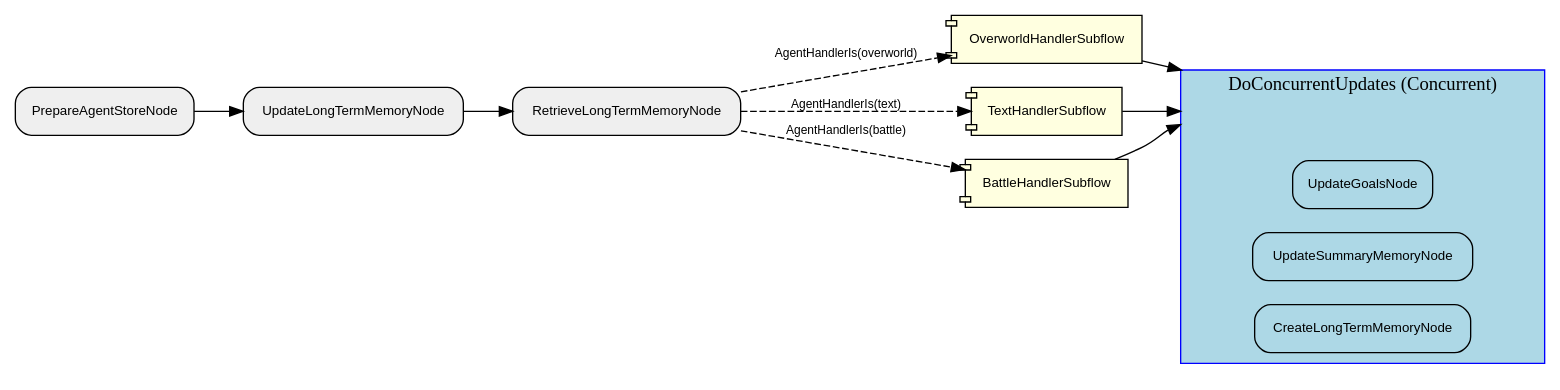
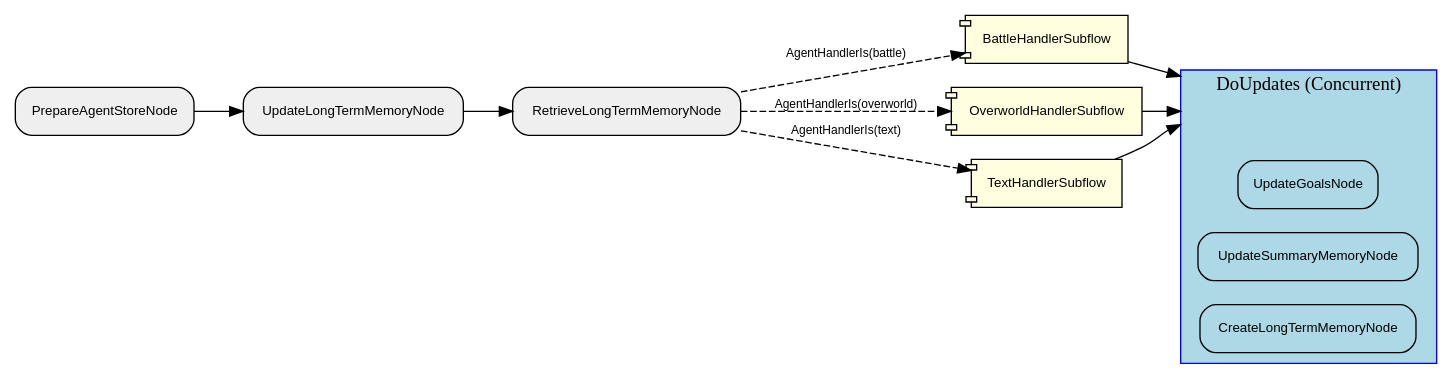
One commit to clambro/ai-plays-pokemon changed the diagram in visualization/agent_graph/Graph.dot. Above: the diagram before and after it, drawn with Graphviz. The commit also changed 13 other files, not shown here.

```diff
--- a/visualization/agent_graph/Graph.dot
+++ b/visualization/agent_graph/Graph.dot
@@ -1,33 +1,33 @@
 digraph "G" {
   rankdir=LR;
   compound=true;
   node [shape=box, style="rounded,filled", fillcolor="#EFEFEF", fontname="Helvetica", fontsize=10];
   edge [fontname="Helvetica", fontsize=9];
-  subgraph "cluster_0wn7nP8uiVwA60qyD0yYJ" {
-    label="DoConcurrentUpdates (Concurrent)";
+  subgraph "cluster_lcT2LqEXrHo59CcWnLick" {
+    label="DoUpdates (Concurrent)";
     style="filled"; fillcolor="lightblue"; color="blue";
     node [fillcolor="lightblue", style="filled,rounded"];
-    "0wn7nP8uiVwA60qyD0yYJ__entry" [label="", shape=point, width=0.01, style=invis];
-    "0wn7nP8uiVwA60qyD0yYJ__exit"  [label="", shape=point, width=0.01, style=invis];
-    jwMSWALOG7oRIjDI8mb9f [label="UpdateGoalsNode"];
-    jnjZw6PJKabnHhiCMhdBh [label="UpdateSummaryMemoryNode"];
-    RhmfpZ2UTXjjk1CC3Oepe [label="CreateLongTermMemoryNode"];
+    "lcT2LqEXrHo59CcWnLick__entry" [label="", shape=point, width=0.01, style=invis];
+    "lcT2LqEXrHo59CcWnLick__exit"  [label="", shape=point, width=0.01, style=invis];
+    Yradb7rglmk5Jwj8jEWCo [label="UpdateGoalsNode"];
+    "1PZIEYbeDCIkit7gJTAws" [label="UpdateSummaryMemoryNode"];
+    GGE7PQdJ11ZqYcVlAyh5N [label="CreateLongTermMemoryNode"];
   }
-  ZMAkiUR9uMgquhLUkpIPR [label="RetrieveLongTermMemoryNode"];
-  wfXbMoT9sujv2blYkmcYs [label="PrepareAgentStoreNode"];
-  Y9LMgKnSWXwAeyntUAbuI [label="OverworldHandlerSubflow", shape=component, style="filled,rounded", fillcolor="lightyellow"];
-  ZnEKS1eWUH2GzzGv8WVYw [label="TextHandlerSubflow", shape=component, style="filled,rounded", fillcolor="lightyellow"];
-  dCSRA6hcYs7kW7rciwOfT [label="UpdateLongTermMemoryNode"];
-  RhmfpZ2UTXjjk1CC3Oepe [label="CreateLongTermMemoryNode"];
-  yYFmr5aWKcxbTUgy1WSHO [label="BattleHandlerSubflow", shape=component, style="filled,rounded", fillcolor="lightyellow"];
-  jnjZw6PJKabnHhiCMhdBh [label="UpdateSummaryMemoryNode"];
-  jwMSWALOG7oRIjDI8mb9f [label="UpdateGoalsNode"];
-  wfXbMoT9sujv2blYkmcYs -> dCSRA6hcYs7kW7rciwOfT [style="solid"];
-  dCSRA6hcYs7kW7rciwOfT -> ZMAkiUR9uMgquhLUkpIPR [style="solid"];
-  ZMAkiUR9uMgquhLUkpIPR -> Y9LMgKnSWXwAeyntUAbuI [style="dashed", label="AgentHandlerIs(overworld)"];
-  ZMAkiUR9uMgquhLUkpIPR -> yYFmr5aWKcxbTUgy1WSHO [style="dashed", label="AgentHandlerIs(battle)"];
-  ZMAkiUR9uMgquhLUkpIPR -> ZnEKS1eWUH2GzzGv8WVYw [style="dashed", label="AgentHandlerIs(text)"];
-  ZnEKS1eWUH2GzzGv8WVYw -> "0wn7nP8uiVwA60qyD0yYJ__entry" [lhead="cluster_0wn7nP8uiVwA60qyD0yYJ", style="solid"];
-  yYFmr5aWKcxbTUgy1WSHO -> "0wn7nP8uiVwA60qyD0yYJ__entry" [lhead="cluster_0wn7nP8uiVwA60qyD0yYJ", style="solid"];
-  Y9LMgKnSWXwAeyntUAbuI -> "0wn7nP8uiVwA60qyD0yYJ__entry" [lhead="cluster_0wn7nP8uiVwA60qyD0yYJ", style="solid"];
+  EManaMiRqvjlgA1VDD2zj [label="BattleHandlerSubflow", shape=component, style="filled,rounded", fillcolor="lightyellow"];
+  PHwkAvvj487a7tnHPYCt3 [label="RetrieveLongTermMemoryNode"];
+  "1PZIEYbeDCIkit7gJTAws" [label="UpdateSummaryMemoryNode"];
+  YOYX8kja27mMFInhxY1TG [label="UpdateLongTermMemoryNode"];
+  HHzrxG5oVnulNBvUru88v [label="OverworldHandlerSubflow", shape=component, style="filled,rounded", fillcolor="lightyellow"];
+  SKyOrKjKuBFK8GcdkgM6n [label="TextHandlerSubflow", shape=component, style="filled,rounded", fillcolor="lightyellow"];
+  "4YLwdmhal9c8v1CjS2Ey6" [label="PrepareAgentStoreNode"];
+  Yradb7rglmk5Jwj8jEWCo [label="UpdateGoalsNode"];
+  GGE7PQdJ11ZqYcVlAyh5N [label="CreateLongTermMemoryNode"];
+  "4YLwdmhal9c8v1CjS2Ey6" -> YOYX8kja27mMFInhxY1TG [style="solid"];
+  YOYX8kja27mMFInhxY1TG -> PHwkAvvj487a7tnHPYCt3 [style="solid"];
+  PHwkAvvj487a7tnHPYCt3 -> HHzrxG5oVnulNBvUru88v [style="dashed", label="AgentHandlerIs(overworld)"];
+  PHwkAvvj487a7tnHPYCt3 -> EManaMiRqvjlgA1VDD2zj [style="dashed", label="AgentHandlerIs(battle)"];
+  PHwkAvvj487a7tnHPYCt3 -> SKyOrKjKuBFK8GcdkgM6n [style="dashed", label="AgentHandlerIs(text)"];
+  SKyOrKjKuBFK8GcdkgM6n -> lcT2LqEXrHo59CcWnLick__entry [lhead="cluster_lcT2LqEXrHo59CcWnLick", style="solid"];
+  EManaMiRqvjlgA1VDD2zj -> lcT2LqEXrHo59CcWnLick__entry [lhead="cluster_lcT2LqEXrHo59CcWnLick", style="solid"];
+  HHzrxG5oVnulNBvUru88v -> lcT2LqEXrHo59CcWnLick__entry [lhead="cluster_lcT2LqEXrHo59CcWnLick", style="solid"];
 }
```
